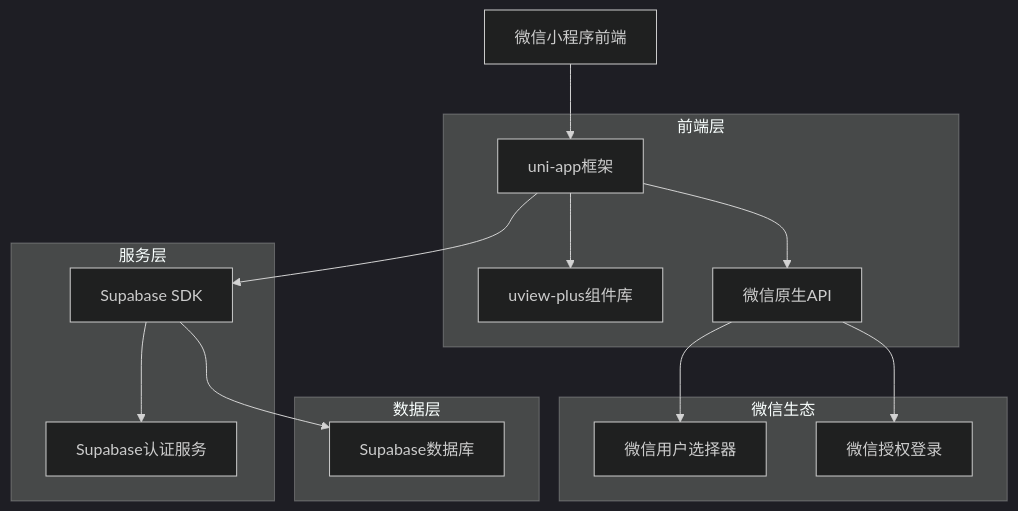
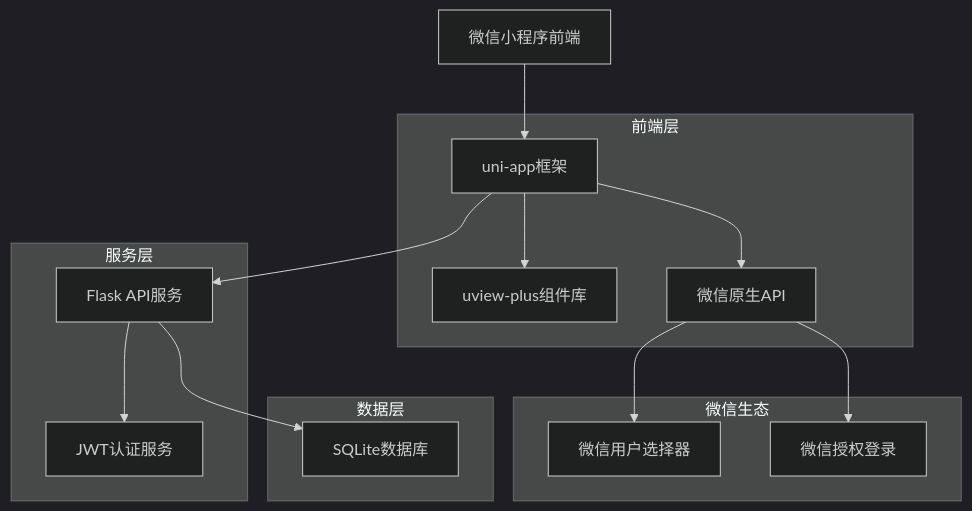
One commit to qiaoliang/safeClockin changed the first of 3 diagrams in .trae/documents/technical_architecture_role_reconstruction.md. Above: the diagram before and after it, drawn with Mermaid (dark theme). The commit also changed other lines of this file, not shown here.

````diff
--- a/.trae/documents/technical_architecture_role_reconstruction.md
+++ b/.trae/documents/technical_architecture_role_reconstruction.md
@@ -3,33 +3,33 @@
 ```mermaid
 graph TD
     A[微信小程序前端] --> B[uni-app框架]
     B --> C[uview-plus组件库]
     B --> D[微信原生API]
     
     D --> E[微信用户选择器]
     D --> F[微信授权登录]
     
-    B --> G[Supabase SDK]
-    G --> H[Supabase数据库]
-    G --> I[Supabase认证服务]
+    B --> G[Flask API服务]
+    G --> H[SQLite数据库]
+    G --> I[JWT认证服务]
     
     subgraph "前端层"
         B
         C
         D
     end
     
     subgraph "服务层"
         G
         I
     end
     
     subgraph "数据层"
         H
     end
     
     subgraph "微信生态"
         E
         F
     end
 ```
````
